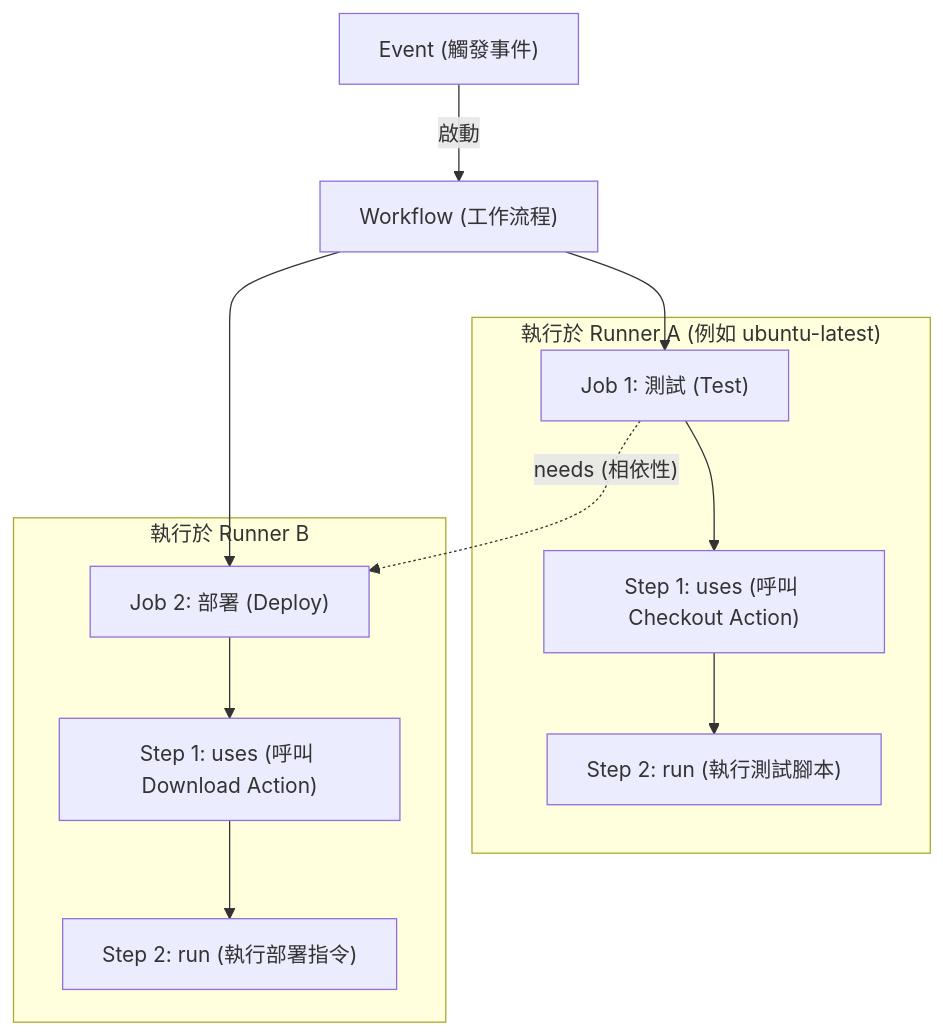
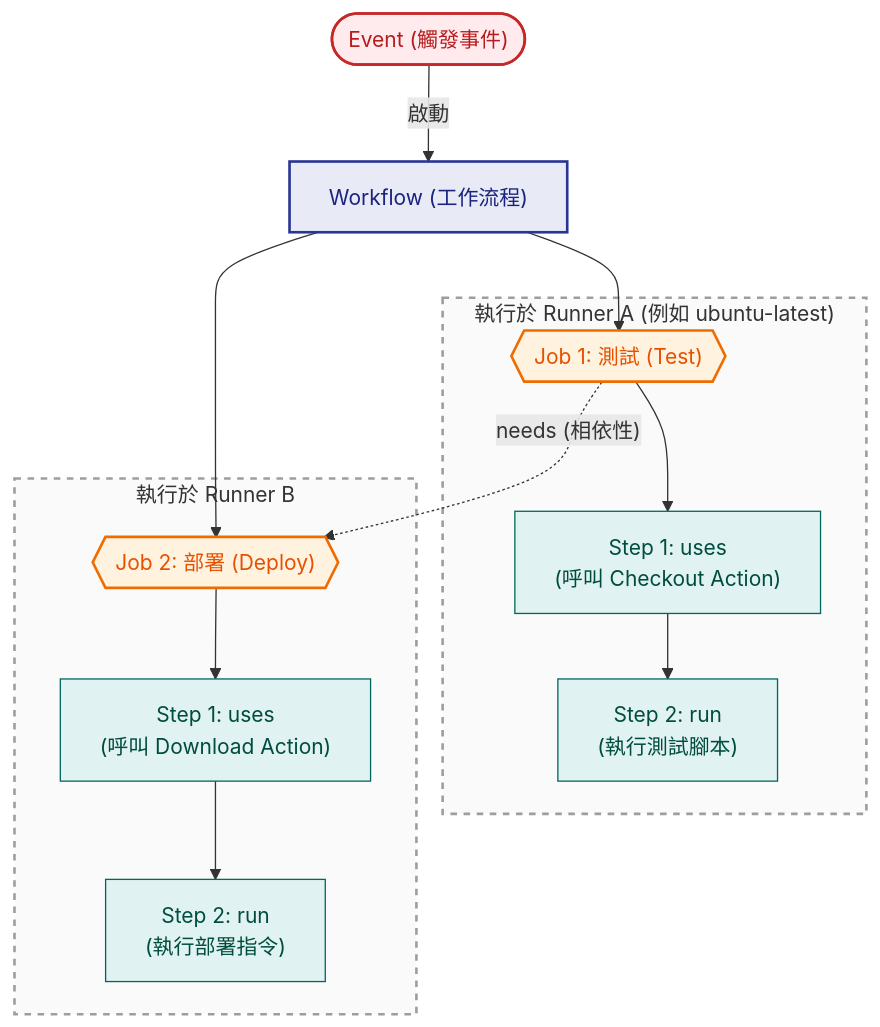
The second of 2 diagrams in README.md (lennox0909/leno-portfolio), drawn with Mermaid before and after one commit.

````diff
--- a/README.md
+++ b/README.md
@@ -98,18 +98,34 @@
 ```mermaid
 graph TD
-    Event["Event (觸發事件)"] -->|啟動| WF["Workflow (工作流程)"]
-    WF --> J1["Job 1: 測試 (Test)"]
-    WF --> J2["Job 2: 部署 (Deploy)"]
+    %% 定義全域樣式類別
+    classDef eventStyle fill:#ffebee,stroke:#c62828,stroke-width:2px,color:#b71c1c
+    classDef workflowStyle fill:#e8eaf6,stroke:#283593,stroke-width:2px,color:#1a237e
+    classDef jobStyle fill:#fff3e0,stroke:#ef6c00,stroke-width:2px,color:#e65100
+    classDef stepStyle fill:#e0f2f1,stroke:#00695c,stroke-width:1px,color:#004d40
+
+    %% 主流程節點宣告與套用樣式
+    Event(["Event (觸發事件)"]):::eventStyle -->|啟動| WF["Workflow (工作流程)"]:::workflowStyle
+    
+    WF --> J1
+    WF --> J2
     
     J1 -. "needs (相依性)" .-> J2
-    
-    subgraph "執行於 Runner A (例如 ubuntu-latest)"
-        J1 --> S1["Step 1: uses (呼叫 Checkout Action)"]
-        S1 --> S2["Step 2: run (執行測試腳本)"]
+
+    %% Runner A 獨立環境
+    subgraph RunnerA ["執行於 Runner A (例如 ubuntu-latest)"]
+        style RunnerA fill:#fafafa,stroke:#9e9e9e,stroke-width:2px,stroke-dasharray: 5 5
+        
+        J1{{"Job 1: 測試 (Test)"}}:::jobStyle
+        J1 --> S1["Step 1: uses <br/>(呼叫 Checkout Action)"]:::stepStyle
+        S1 --> S2["Step 2: run <br/>(執行測試腳本)"]:::stepStyle
     end
     
-    subgraph "執行於 Runner B"
-        J2 --> S3["Step 1: uses (呼叫 Download Action)"]
-        S3 --> S4["Step 2: run (執行部署指令)"]
+    %% Runner B 獨立環境
+    subgraph RunnerB ["執行於 Runner B"]
+        style RunnerB fill:#fafafa,stroke:#9e9e9e,stroke-width:2px,stroke-dasharray: 5 5
+        
+        J2{{"Job 2: 部署 (Deploy)"}}:::jobStyle
+        J2 --> S3["Step 1: uses <br/>(呼叫 Download Action)"]:::stepStyle
+        S3 --> S4["Step 2: run <br/>(執行部署指令)"]:::stepStyle
     end
 ```
````
